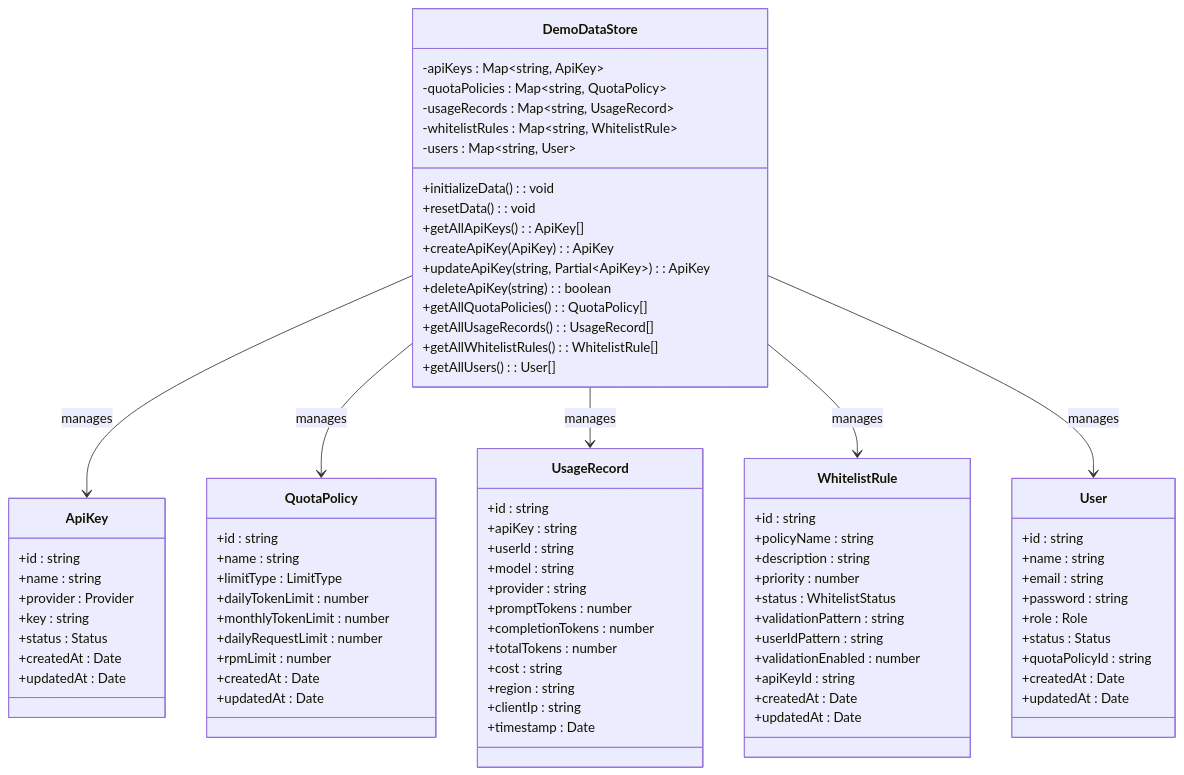
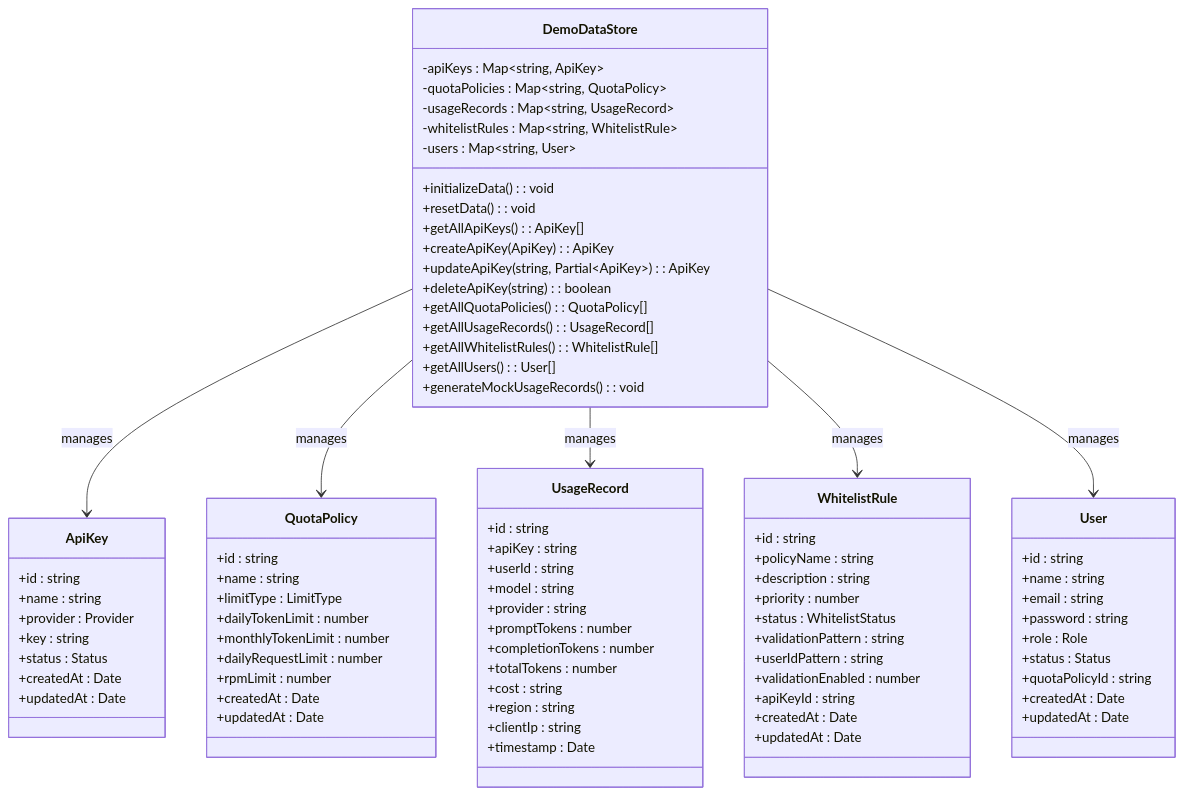
One commit to RadiumAg/AIGate changed the fourth of 9 diagrams in .qoder/repowiki/zh/content/核心功能/演示模式系统.md. Above: the diagram before and after it, drawn with Mermaid. The commit also changed other lines of this file and 30 other files, not shown here.

```diff
--- a/.qoder/repowiki/zh/content/核心功能/演示模式系统.md
+++ b/.qoder/repowiki/zh/content/核心功能/演示模式系统.md
@@ -235,6 +245,7 @@
 +getAllUsageRecords() : UsageRecord[]
 +getAllWhitelistRules() : WhitelistRule[]
 +getAllUsers() : User[]
++generateMockUsageRecords() : void
 }
 class ApiKey {
 +id : string
```
